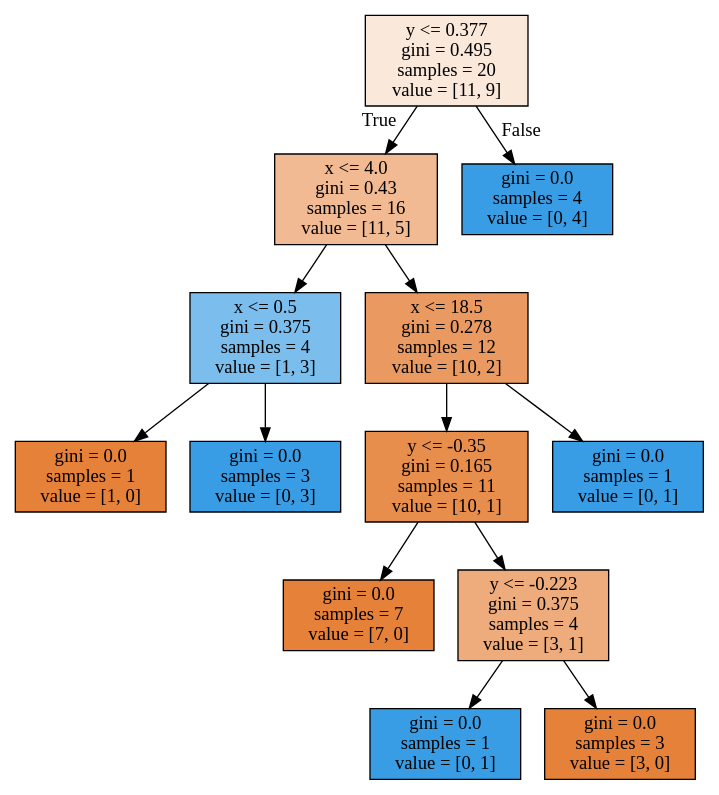
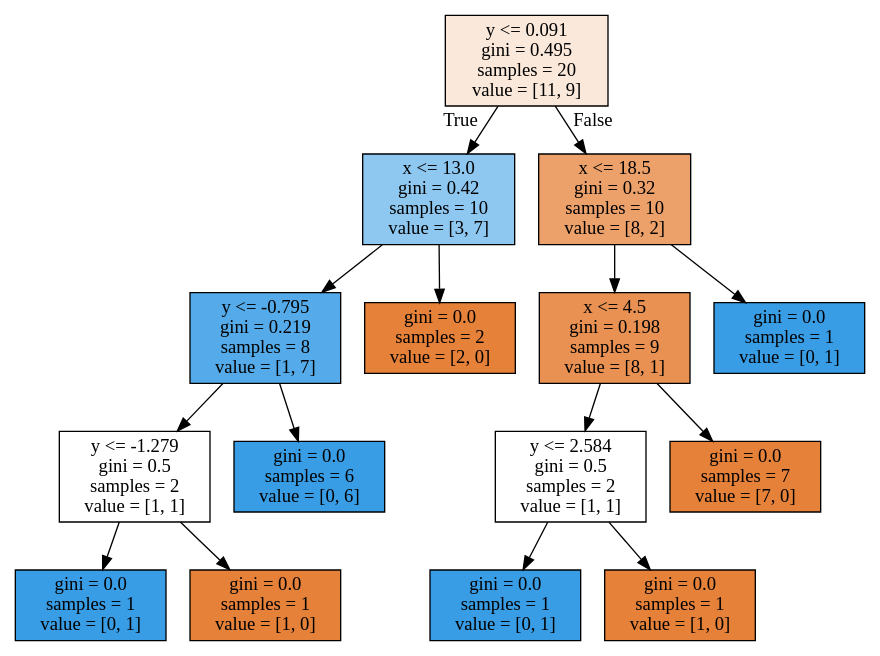
The diagram in lecture03/sktree2.dot (SergeevMaxim/HW_ML_2021), drawn with Graphviz before and after one commit. The commit also changed 9 other files, not shown here.

```diff
--- a/lecture03/sktree2.dot
+++ b/lecture03/sktree2.dot
@@ -1,28 +1,32 @@
 digraph Tree {
 node [shape=box, style="filled", color="black"] ;
-0 [label="y <= 0.377\ngini = 0.495\nsamples = 20\nvalue = [11, 9]", fillcolor="#fae8db"] ;
-1 [label="x <= 4.0\ngini = 0.43\nsamples = 16\nvalue = [11, 5]", fillcolor="#f1ba93"] ;
+0 [label="y <= 0.091\ngini = 0.495\nsamples = 20\nvalue = [11, 9]", fillcolor="#fae8db"] ;
+1 [label="x <= 13.0\ngini = 0.42\nsamples = 10\nvalue = [3, 7]", fillcolor="#8ec7f0"] ;
 0 -> 1 [labeldistance=2.5, labelangle=45, headlabel="True"] ;
-2 [label="x <= 0.5\ngini = 0.375\nsamples = 4\nvalue = [1, 3]", fillcolor="#7bbeee"] ;
+2 [label="y <= -0.795\ngini = 0.219\nsamples = 8\nvalue = [1, 7]", fillcolor="#55abe9"] ;
 1 -> 2 ;
-3 [label="gini = 0.0\nsamples = 1\nvalue = [1, 0]", fillcolor="#e58139"] ;
+3 [label="y <= -1.279\ngini = 0.5\nsamples = 2\nvalue = [1, 1]", fillcolor="#ffffff"] ;
 2 -> 3 ;
-4 [label="gini = 0.0\nsamples = 3\nvalue = [0, 3]", fillcolor="#399de5"] ;
-2 -> 4 ;
-5 [label="x <= 18.5\ngini = 0.278\nsamples = 12\nvalue = [10, 2]", fillcolor="#ea9a61"] ;
-1 -> 5 ;
-6 [label="y <= -0.35\ngini = 0.165\nsamples = 11\nvalue = [10, 1]", fillcolor="#e88e4d"] ;
-5 -> 6 ;
-7 [label="gini = 0.0\nsamples = 7\nvalue = [7, 0]", fillcolor="#e58139"] ;
-6 -> 7 ;
-8 [label="y <= -0.223\ngini = 0.375\nsamples = 4\nvalue = [3, 1]", fillcolor="#eeab7b"] ;
-6 -> 8 ;
-9 [label="gini = 0.0\nsamples = 1\nvalue = [0, 1]", fillcolor="#399de5"] ;
+4 [label="gini = 0.0\nsamples = 1\nvalue = [0, 1]", fillcolor="#399de5"] ;
+3 -> 4 ;
+5 [label="gini = 0.0\nsamples = 1\nvalue = [1, 0]", fillcolor="#e58139"] ;
+3 -> 5 ;
+6 [label="gini = 0.0\nsamples = 6\nvalue = [0, 6]", fillcolor="#399de5"] ;
+2 -> 6 ;
+7 [label="gini = 0.0\nsamples = 2\nvalue = [2, 0]", fillcolor="#e58139"] ;
+1 -> 7 ;
+8 [label="x <= 18.5\ngini = 0.32\nsamples = 10\nvalue = [8, 2]", fillcolor="#eca06a"] ;
+0 -> 8 [labeldistance=2.5, labelangle=-45, headlabel="False"] ;
+9 [label="x <= 4.5\ngini = 0.198\nsamples = 9\nvalue = [8, 1]", fillcolor="#e89152"] ;
 8 -> 9 ;
-10 [label="gini = 0.0\nsamples = 3\nvalue = [3, 0]", fillcolor="#e58139"] ;
-8 -> 10 ;
+10 [label="y <= 2.584\ngini = 0.5\nsamples = 2\nvalue = [1, 1]", fillcolor="#ffffff"] ;
+9 -> 10 ;
 11 [label="gini = 0.0\nsamples = 1\nvalue = [0, 1]", fillcolor="#399de5"] ;
-5 -> 11 ;
-12 [label="gini = 0.0\nsamples = 4\nvalue = [0, 4]", fillcolor="#399de5"] ;
-0 -> 12 [labeldistance=2.5, labelangle=-45, headlabel="False"] ;
+10 -> 11 ;
+12 [label="gini = 0.0\nsamples = 1\nvalue = [1, 0]", fillcolor="#e58139"] ;
+10 -> 12 ;
+13 [label="gini = 0.0\nsamples = 7\nvalue = [7, 0]", fillcolor="#e58139"] ;
+9 -> 13 ;
+14 [label="gini = 0.0\nsamples = 1\nvalue = [0, 1]", fillcolor="#399de5"] ;
+8 -> 14 ;
 }
```
